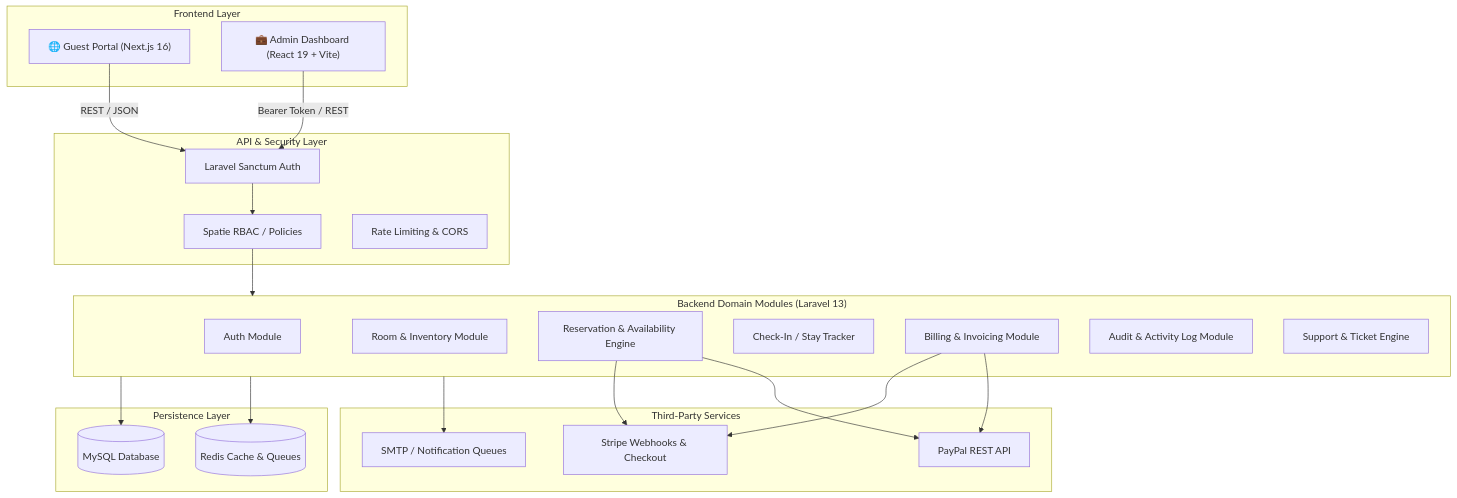
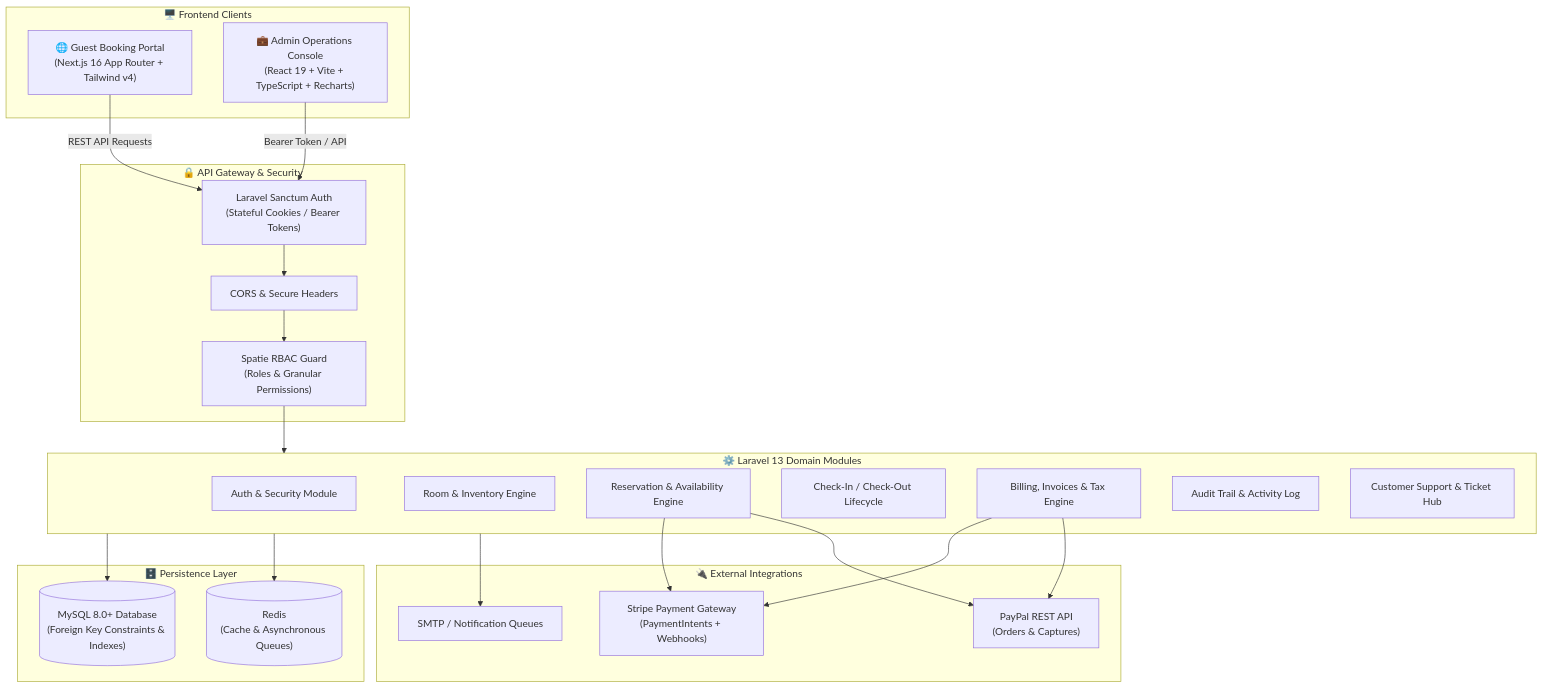
One commit to sajusun/hotel_management_system changed the first of 2 diagrams in README.md. Above: the diagram before and after it, drawn with Mermaid. The commit also changed other lines of this file and 26 other files, not shown here.

Commit message:
feat: add database seeders, room model, and application configurations

````diff
--- a/README.md
+++ b/README.md
@@ -31,44 +43,44 @@
 ```mermaid
 flowchart TD
-    subgraph Clients["Frontend Layer"]
-        GP["🌐 Guest Portal (Next.js 16)"]
-        AP["💼 Admin Dashboard (React 19 + Vite)"]
+    subgraph ClientLayer["🖥️ Frontend Clients"]
+        GP["🌐 Guest Booking Portal\n(Next.js 16 App Router + Tailwind v4)"]
+        AP["💼 Admin Operations Console\n(React 19 + Vite + TypeScript + Recharts)"]
     end
 
-    subgraph Gateway["API & Security Layer"]
-        SANCTUM["Laravel Sanctum Auth"]
-        RBAC["Spatie RBAC / Policies"]
-        RATE["Rate Limiting & CORS"]
+    subgraph SecurityGateway["🔒 API Gateway & Security"]
+        SANCTUM["Laravel Sanctum Auth\n(Stateful Cookies / Bearer Tokens)"]
+        CORS["CORS & Secure Headers"]
+        RBAC["Spatie RBAC Guard\n(Roles & Granular Permissions)"]
     end
 
-    subgraph CoreBackend["Backend Domain Modules (Laravel 13)"]
-        AUTH_M["Auth Module"]
-        ROOM_M["Room & Inventory Module"]
+    subgraph CoreBackend["⚙️ Laravel 13 Domain Modules"]
+        AUTH_M["Auth & Security Module"]
+        ROOM_M["Room & Inventory Engine"]
         RES_M["Reservation & Availability Engine"]
-        STAY_M["Check-In / Stay Tracker"]
-        BILL_M["Billing & Invoicing Module"]
-        AUDIT_M["Audit & Activity Log Module"]
-        SUPP_M["Support & Ticket Engine"]
+        STAY_M["Check-In / Check-Out Lifecycle"]
+        BILL_M["Billing, Invoices & Tax Engine"]
+        AUDIT_M["Audit Trail & Activity Log"]
+        SUPP_M["Customer Support & Ticket Hub"]
     end
 
-    subgraph Integrations["Third-Party Services"]
-        STRIPE["Stripe Webhooks & Checkout"]
-        PAYPAL["PayPal REST API"]
+    subgraph Integrations["🔌 External Integrations"]
+        STRIPE["Stripe Payment Gateway\n(PaymentIntents + Webhooks)"]
+        PAYPAL["PayPal REST API\n(Orders & Captures)"]
         MAIL["SMTP / Notification Queues"]
     end
 
-    subgraph Data["Persistence Layer"]
-        DB[("MySQL Database")]
-        REDIS[("Redis Cache & Queues")]
+    subgraph Persistence["🗄️ Persistence Layer"]
+        DB[("MySQL 8.0+ Database\n(Foreign Key Constraints & Indexes)")]
+        REDIS[("Redis\n(Cache & Asynchronous Queues)")]
     end
 
-    GP -->|REST / JSON| SANCTUM
-    AP -->|Bearer Token / REST| SANCTUM
-    SANCTUM --> RBAC --> CoreBackend
-    
+    GP -->|REST API Requests| SANCTUM
+    AP -->|Bearer Token / API| SANCTUM
+    SANCTUM --> CORS --> RBAC --> CoreBackend
+
     RES_M --> STRIPE & PAYPAL
     BILL_M --> STRIPE & PAYPAL
     CoreBackend --> DB
     CoreBackend --> REDIS
     CoreBackend --> MAIL
 ```
````
